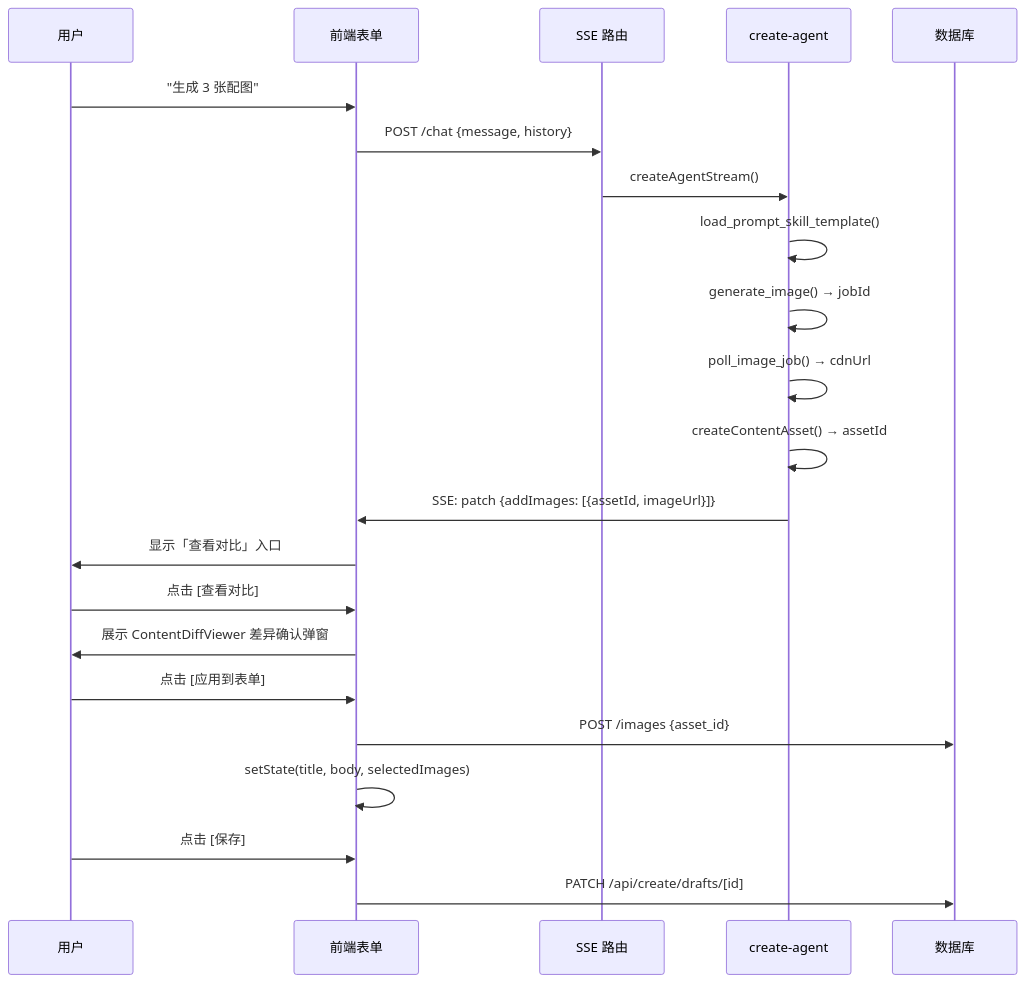
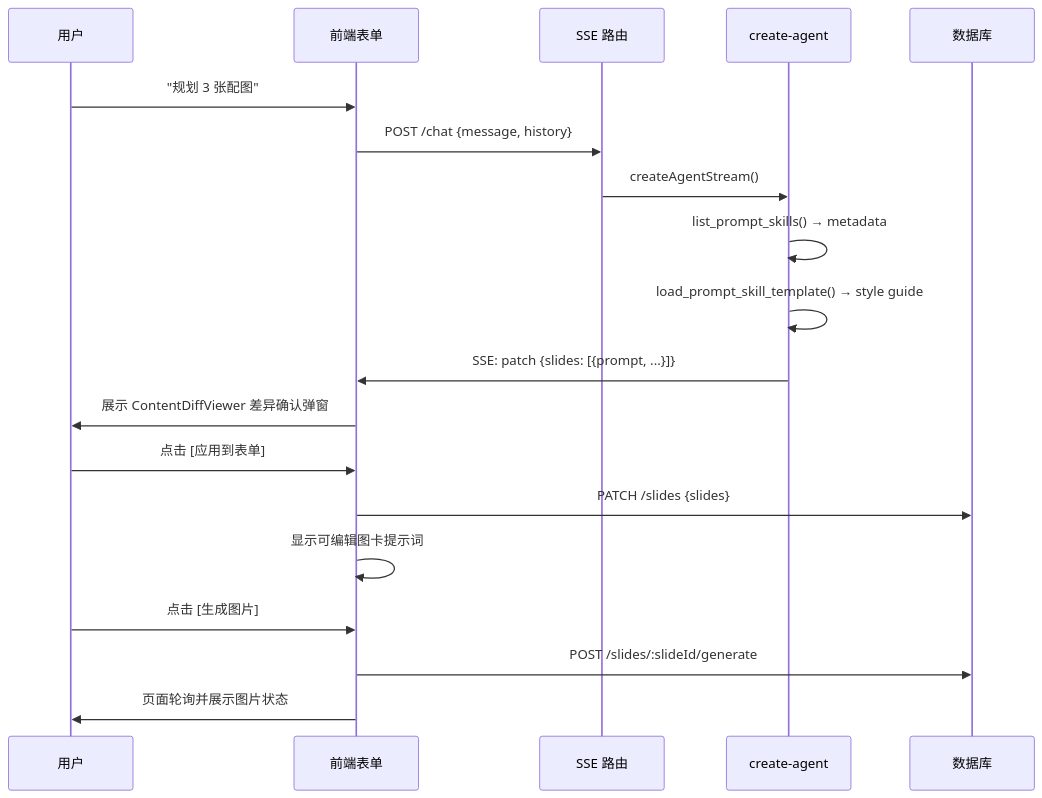
One commit to NNNNzs/react.nnnnzs.cn changed the diagram in docs/designs/ai/create-agent.md. Above: the diagram before and after it, drawn with Mermaid. The commit also changed other lines of this file and 23 other files, not shown here.

First line of the commit message:
feat(ai): unify prompt skill workflows

````diff
--- a/docs/designs/ai/create-agent.md
+++ b/docs/designs/ai/create-agent.md
@@ -44,25 +46,22 @@
 ```mermaid
 sequenceDiagram
     participant U as 用户
     participant FE as 前端表单
     participant API as SSE 路由
     participant Agent as create-agent
     participant DB as 数据库
 
-    U->>FE: "生成 3 张配图"
+    U->>FE: "规划 3 张配图"
     FE->>API: POST /chat {message, history}
     API->>Agent: createAgentStream()
-    Agent->>Agent: load_prompt_skill_template()
-    Agent->>Agent: generate_image() → jobId
-    Agent->>Agent: poll_image_job() → cdnUrl
-    Agent->>Agent: createContentAsset() → assetId
-    Agent->>FE: SSE: patch {addImages: [{assetId, imageUrl}]}
-    FE->>U: 显示「查看对比」入口
-    U->>FE: 点击 [查看对比]
+    Agent->>Agent: list_prompt_skills() → metadata
+    Agent->>Agent: load_prompt_skill_template() → style guide
+    Agent->>FE: SSE: patch {slides: [{prompt, ...}]}
     FE->>U: 展示 ContentDiffViewer 差异确认弹窗
     U->>FE: 点击 [应用到表单]
-    FE->>DB: POST /images {asset_id}
-    FE->>FE: setState(title, body, selectedImages)
-    U->>FE: 点击 [保存]
-    FE->>DB: PATCH /api/create/drafts/[id]
+    FE->>DB: PATCH /slides {slides}
+    FE->>FE: 显示可编辑图卡提示词
+    U->>FE: 点击 [生成图片]
+    FE->>DB: POST /slides/:slideId/generate
+    FE->>U: 页面轮询并展示图片状态
 ```
````
